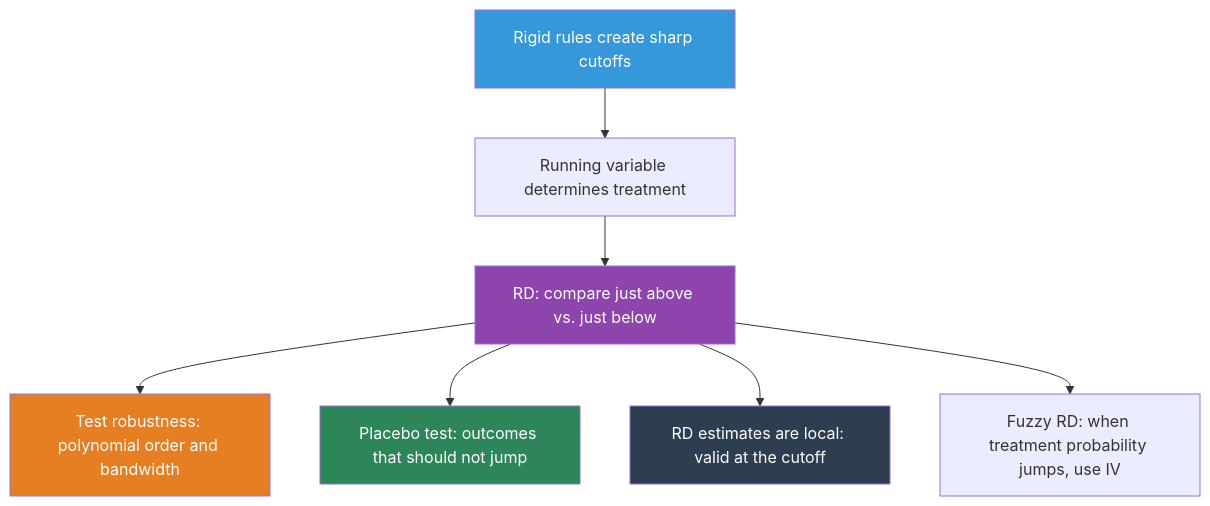
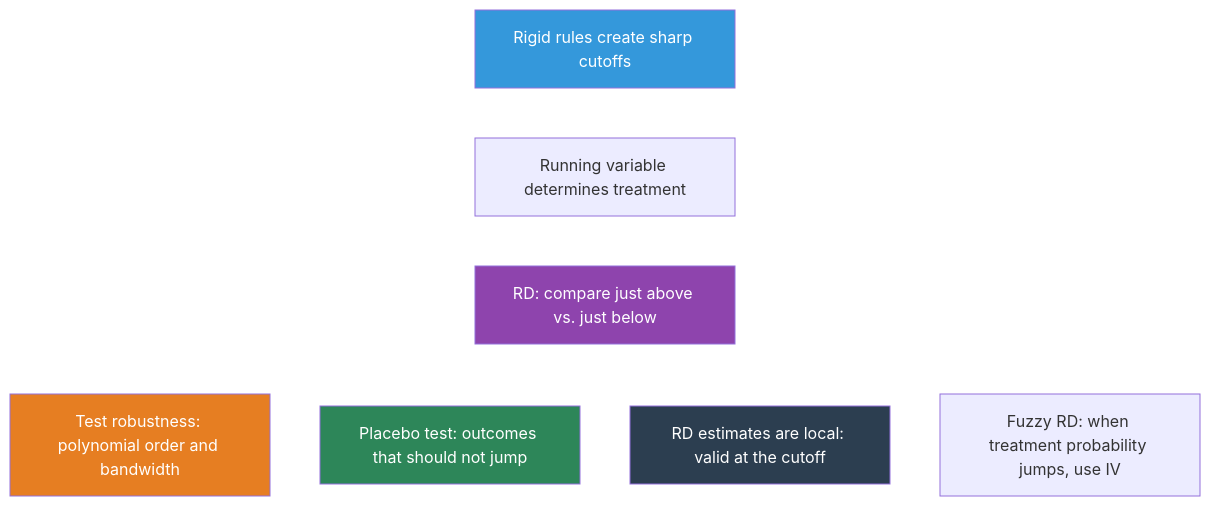
The second of 2 diagrams in book/notebooks_quarto/04-regression-discontinuity.qmd (cmg777/intro2causal), drawn with Mermaid before and after one commit. The commit also changed other lines of this file and 18 other files, not shown here.

First line of the commit message:
Make mermaid diagram arrows white for dark background contrast

````diff
--- a/book/notebooks_quarto/04-regression-discontinuity.qmd
+++ b/book/notebooks_quarto/04-regression-discontinuity.qmd
@@ -324,25 +325,26 @@
 ```{mermaid}
 %%| label: fig-concept-map
 %%| fig-cap: "How the key concepts of Chapter 4 connect"
 
 graph TD
     Q["Rigid rules create sharp cutoffs"]
     RV["Running variable determines treatment"]
     RD["RD: compare just above vs. just below"]
     SPEC["Test robustness: polynomial order and bandwidth"]
     PLAC["Placebo test: outcomes that should not jump"]
     LOCAL["RD estimates are local: valid at the cutoff"]
     FUZZY["Fuzzy RD: when treatment probability jumps, use IV"]
 
     Q --> RV --> RD
     RD --> SPEC
     RD --> PLAC
     RD --> LOCAL
     RD --> FUZZY
 
     style Q fill:#3498db,color:#fff
     style RD fill:#8e44ad,color:#fff
     style SPEC fill:#e67e22,color:#fff
     style PLAC fill:#2d8659,color:#fff
     style LOCAL fill:#2c3e50,color:#fff
+    linkStyle default stroke:#fff,stroke-width:2px
 ```
````
